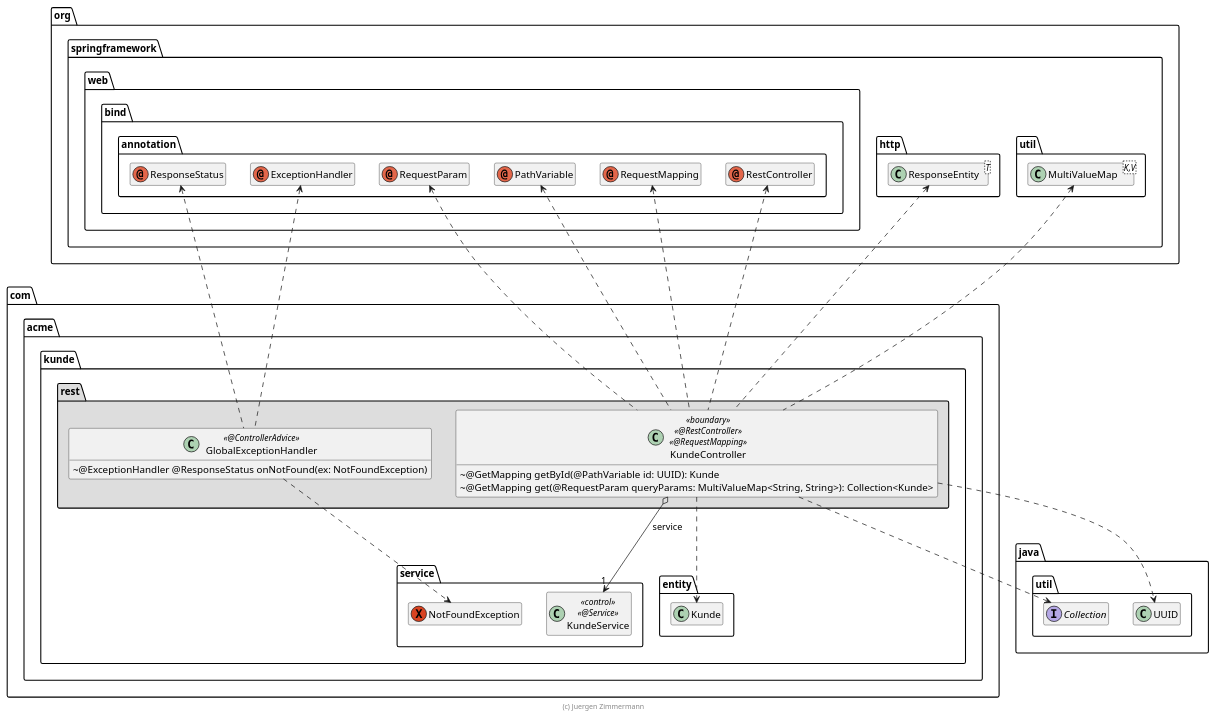
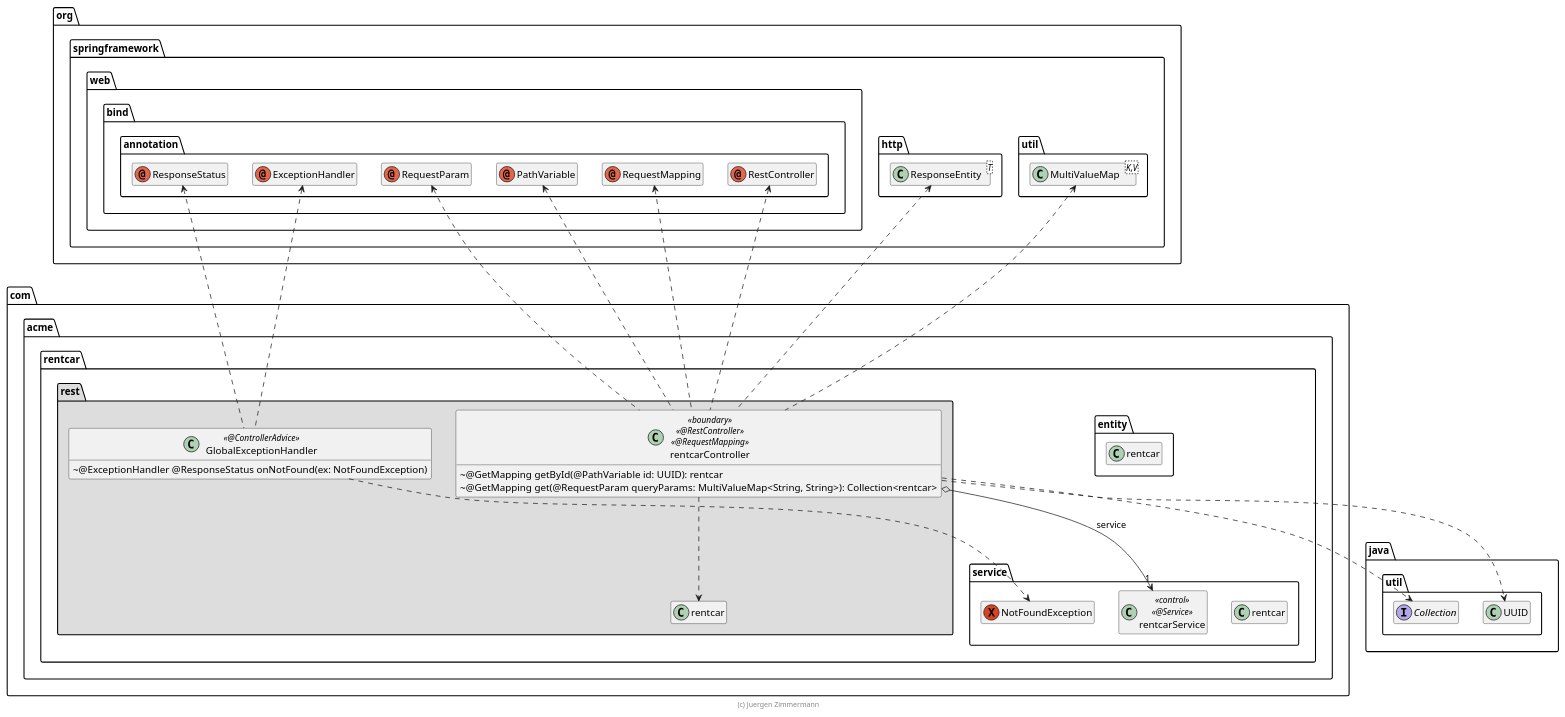
One commit to lfsrrr/rentcar changed the diagram in extras/doc/KundeController.plantuml. Above: the diagram before and after it, drawn with PlantUML. The commit also changed 120 other files, not shown here.

First line of the commit message:
Rename project from 'kunde' to 'rentcar'

```diff
--- a/extras/doc/KundeController.plantuml
+++ b/extras/doc/KundeController.plantuml
@@ -15,74 +15,74 @@
-@startuml KundeController
+@startuml rentcarController
 
 skinparam classAttributeIconSize 0
 
 package org.springframework {
     package web.bind.annotation {
         annotation RestController
         annotation RequestMapping
         annotation PathVariable
         annotation RequestParam
         annotation ExceptionHandler
         annotation ResponseStatus
     }
 
     package http {
         class ResponseEntity<T>
     }
     package util {
         class MultiValueMap<K,V>
     }
 }
 
 package java.util {
     interface Collection
     class UUID
 }
 
-package com.acme.kunde {
+package com.acme.rentcar {
     package entity {
-        class Kunde
+        class rentcar
     }
     package service {
-        class KundeService << control >> << @Service >>
+        class rentcarService << control >> << @Service >>
 
         ' TODO Gradle: "exception" wird erst AsciiDoctor_plugin 5.x unterstuetzt
         exception NotFoundException
 
-        KundeService .right[hidden].> Kunde
+        rentcarService .right[hidden].> rentcar
     }
 
     package rest #DDDDDD {
-        class KundeController << boundary >> << @RestController >> << @RequestMapping >> {
-            ~ @GetMapping getById(@PathVariable id: UUID): Kunde
-            ~ @GetMapping get(@RequestParam queryParams: MultiValueMap<String, String>): Collection<Kunde>
+        class rentcarController << boundary >> << @RestController >> << @RequestMapping >> {
+            ~ @GetMapping getById(@PathVariable id: UUID): rentcar
+            ~ @GetMapping get(@RequestParam queryParams: MultiValueMap<String, String>): Collection<rentcar>
         }
 
         class GlobalExceptionHandler << @ControllerAdvice >> {
             ~ @ExceptionHandler @ResponseStatus onNotFound(ex: NotFoundException)
         }
 
-        KundeController o--> "1" KundeService : service
+        rentcarController o--> "1" rentcarService : service
 
-        KundeController .up.> RestController
-        KundeController .up.> RequestMapping
-        KundeController .up.> PathVariable
-        KundeController .up.> RequestParam
-        KundeController .up.> ResponseEntity
-        KundeController .up.> MultiValueMap
-        KundeController .down.> Kunde
+        rentcarController .up.> RestController
+        rentcarController .up.> RequestMapping
+        rentcarController .up.> PathVariable
+        rentcarController .up.> RequestParam
+        rentcarController .up.> ResponseEntity
+        rentcarController .up.> MultiValueMap
+        rentcarController .down.> rentcar
 
         GlobalExceptionHandler .up.> ExceptionHandler
         GlobalExceptionHandler .up.> ResponseStatus
         GlobalExceptionHandler ..> NotFoundException
 
-        KundeController .right.> UUID
-        KundeController ..> Collection
+        rentcarController .right.> UUID
+        rentcarController ..> Collection
     }
 }
 
 hide empty members
 
 footer (c) Juergen Zimmermann
 
 @enduml
```
